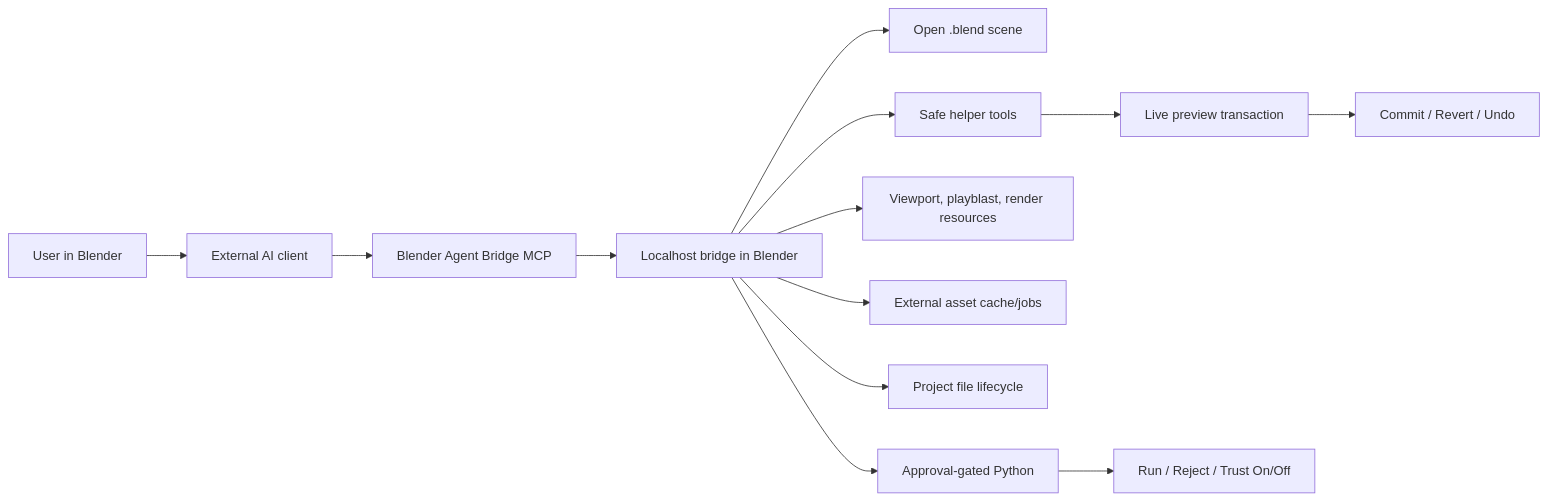
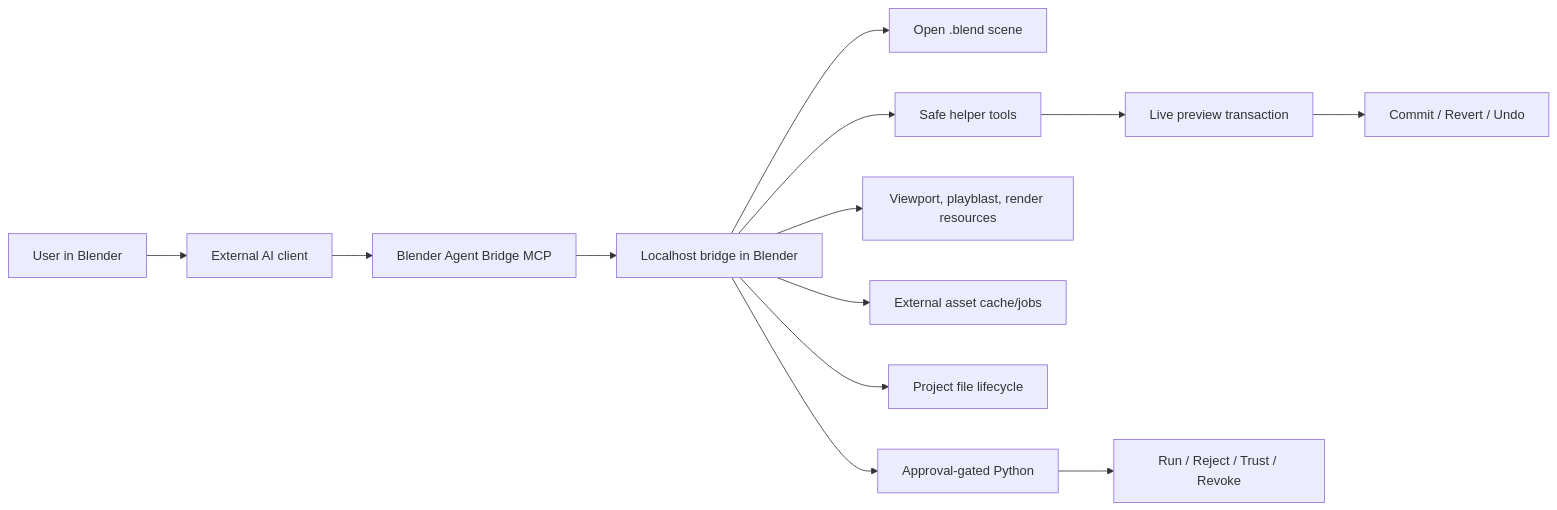
The diagram in README.md (CallMeJones/blender-agent-bridge), drawn with Mermaid before and after one commit. The commit also changed other lines of this file and 48 other files, not shown here.

````diff
--- a/README.md
+++ b/README.md
@@ -180,15 +180,15 @@
 ```mermaid
 flowchart LR
   user["User in Blender"] --> agent["External AI client"]
   agent --> mcp["Blender Agent Bridge MCP"]
   mcp --> bridge["Localhost bridge in Blender"]
   bridge --> scene["Open .blend scene"]
   bridge --> helpers["Safe helper tools"]
   bridge --> evidence["Viewport, playblast, render resources"]
   bridge --> assets["External asset cache/jobs"]
   bridge --> files["Project file lifecycle"]
   bridge --> scripts["Approval-gated Python"]
   helpers --> preview["Live preview transaction"]
   preview --> commit["Commit / Revert / Undo"]
-  scripts --> approve["Run / Reject / Trust On/Off"]
+  scripts --> approve["Run / Reject / Trust / Revoke"]
 ```
````
